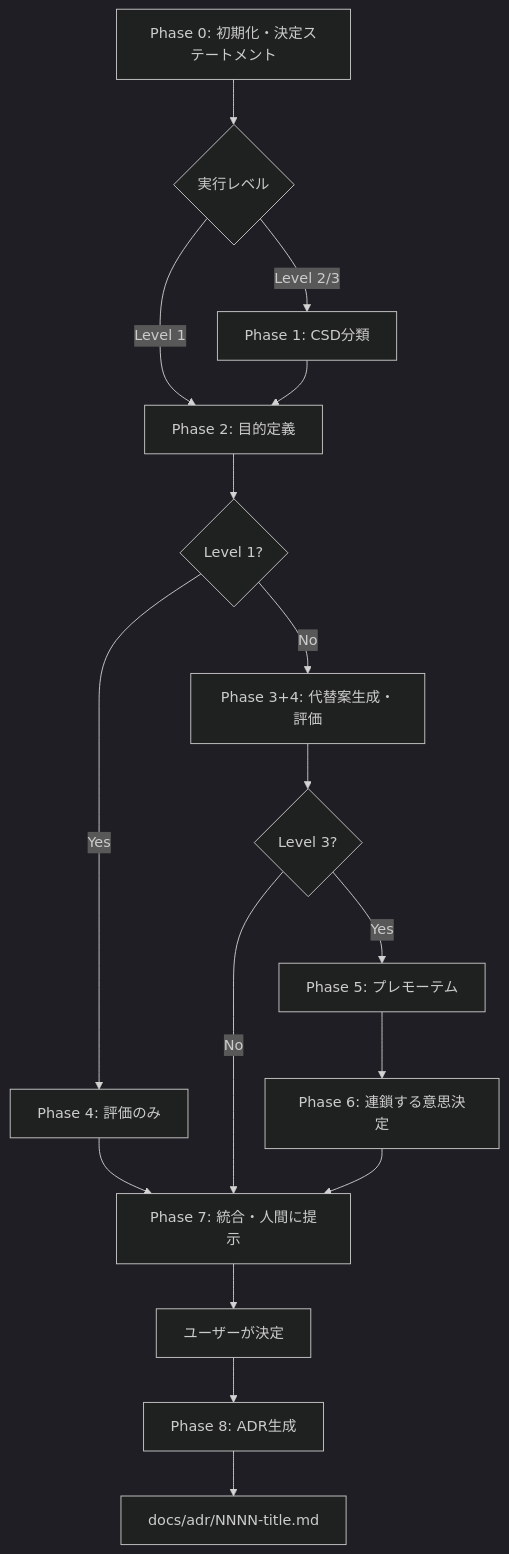
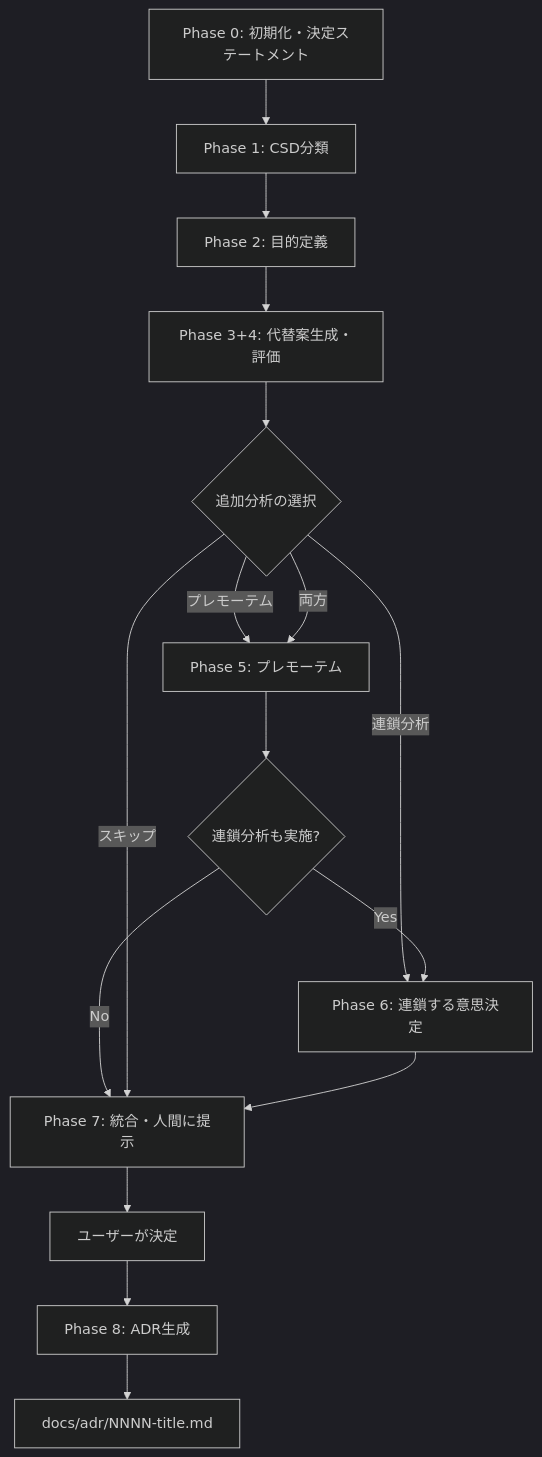
Before and after one commit to nangashi/ai-experimental: the diagram in .claude/skills/adr_create/README.md, drawn with Mermaid (dark theme). The commit also changed other lines of this file and 266 other files, not shown here.

````diff
--- a/.claude/skills/adr_create/README.md
+++ b/.claude/skills/adr_create/README.md
@@ -15,19 +15,18 @@
 ```mermaid
 flowchart TD
-    P0[Phase 0: 初期化・決定ステートメント] --> LevelCheck{実行レベル}
-    LevelCheck -->|Level 1| P2
-    LevelCheck -->|Level 2/3| P1[Phase 1: CSD分類]
+    P0[Phase 0: 初期化・決定ステートメント] --> P1[Phase 1: CSD分類]
     P1 --> P2[Phase 2: 目的定義]
-    P2 --> Level1Check{Level 1?}
-    Level1Check -->|Yes| P4L1[Phase 4: 評価のみ]
-    Level1Check -->|No| P34[Phase 3+4: 代替案生成・評価]
-    P4L1 --> P7
-    P34 --> Level3Check{Level 3?}
-    Level3Check -->|Yes| P5[Phase 5: プレモーテム]
-    Level3Check -->|No| P7
-    P5 --> P6[Phase 6: 連鎖する意思決定]
+    P2 --> P34[Phase 3+4: 代替案生成・評価]
+    P34 --> AnalysisChoice{追加分析の選択}
+    AnalysisChoice -->|プレモーテム| P5[Phase 5: プレモーテム]
+    AnalysisChoice -->|連鎖分析| P6[Phase 6: 連鎖する意思決定]
+    AnalysisChoice -->|両方| P5
+    P5 --> P6Check{連鎖分析も実施?}
+    P6Check -->|Yes| P6
+    P6Check -->|No| P7
+    AnalysisChoice -->|スキップ| P7
     P6 --> P7[Phase 7: 統合・人間に提示]
     P7 --> Decision[ユーザーが決定]
     Decision --> P8[Phase 8: ADR生成]
     P8 --> ADR[docs/adr/NNNN-title.md]
 ```
````
